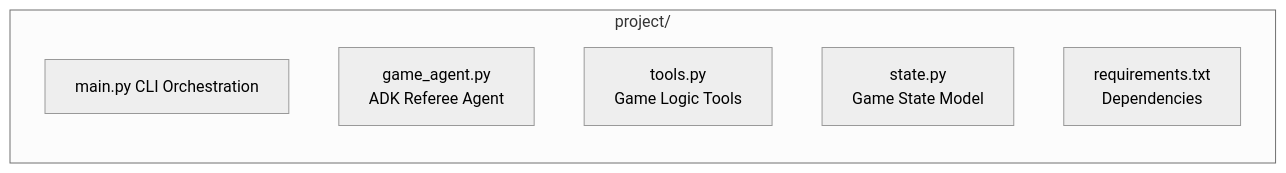
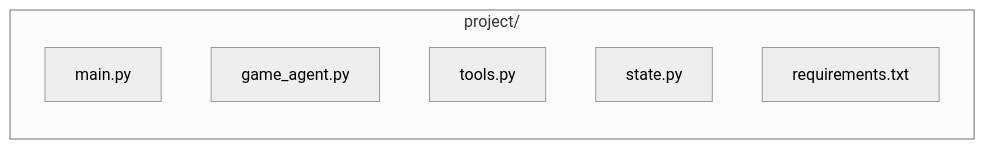
One commit to Rahullll101/Rock-Paper-Scissors-Plus-game changed the second of 3 diagrams in readme.md. Above: the diagram before and after it, drawn with Mermaid (neutral theme). The commit also changed other lines of this file, not shown here.

````diff
--- a/readme.md
+++ b/readme.md
@@ -32,10 +32,11 @@
 ```mermaid
 flowchart LR
     subgraph ProjectRoot [project/]
-        mainpy[main.py CLI Orchestration]
-        agentpy[game_agent.py\nADK Referee Agent]
-        toolspy[tools.py\nGame Logic Tools]
-        statepy[state.py\nGame State Model]
-        reqs[requirements.txt\nDependencies]
+        mainpy[main.py]
+        agentpy[game_agent.py]
+        toolspy[tools.py]
+        statepy[state.py]
+        reqs[requirements.txt]
     end
+
 ```
````
